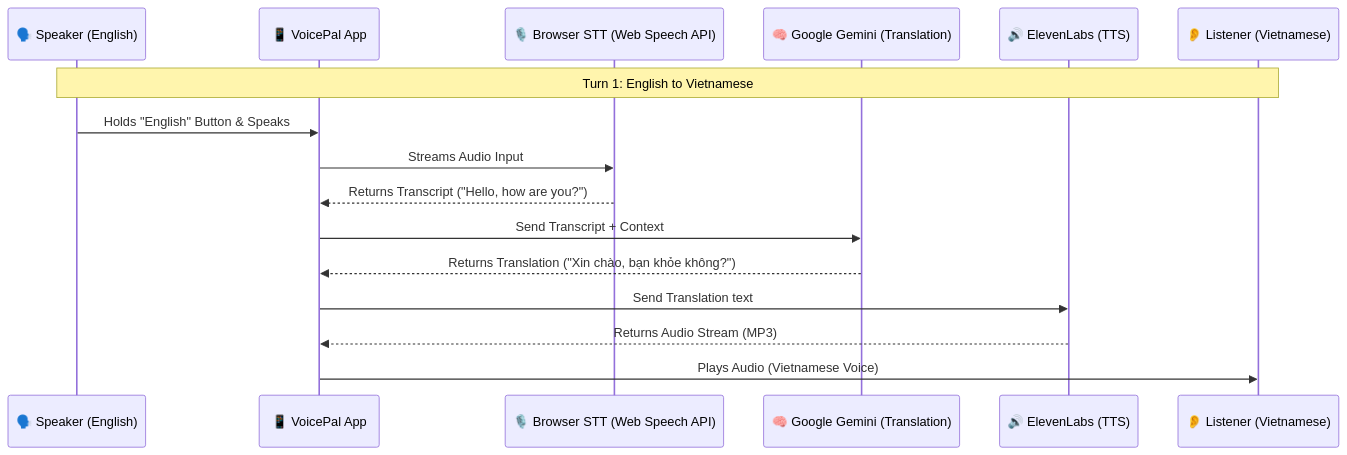
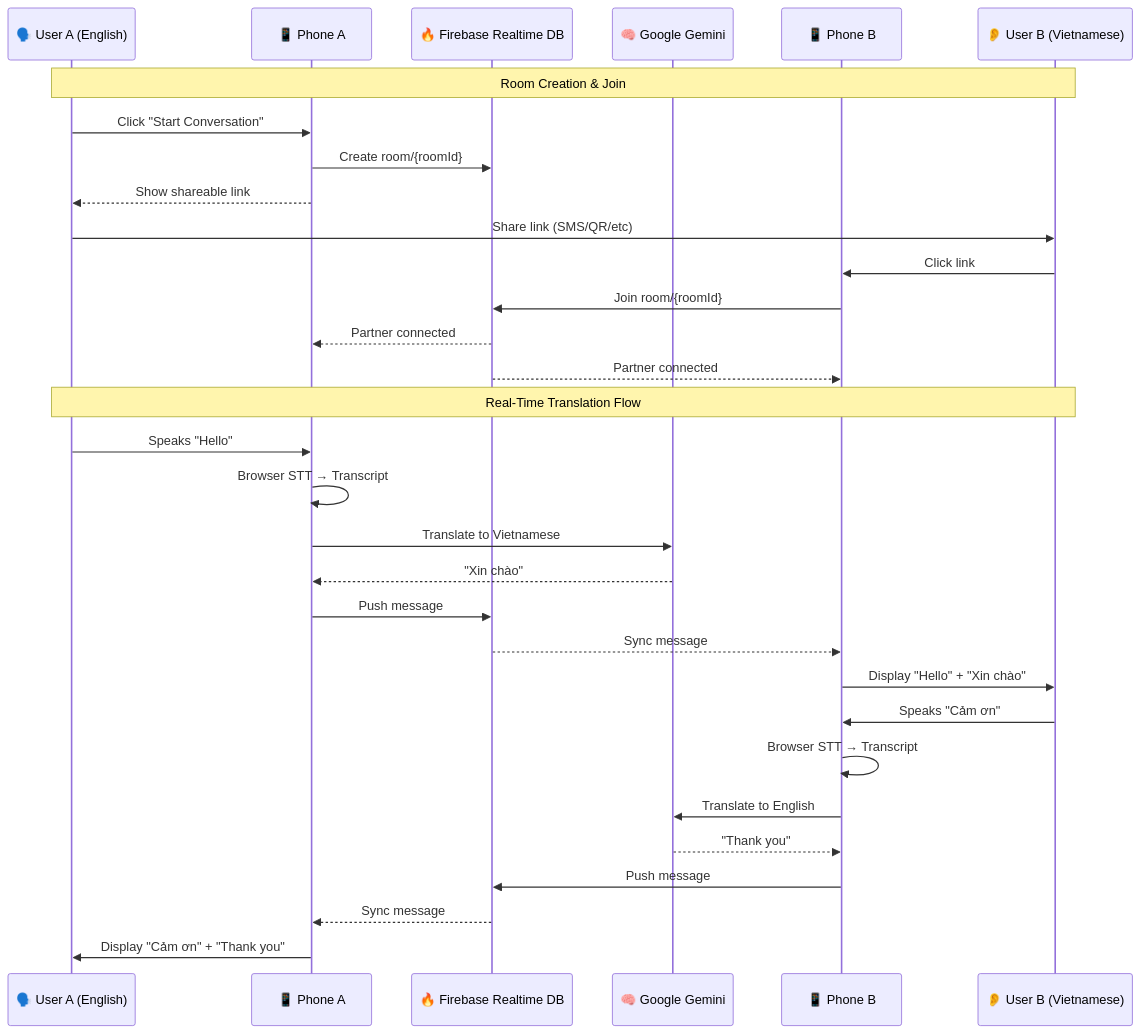
Before and after one commit to abhinav1singhal/voicepal: the diagram in architecture_README.md, drawn with Mermaid. The commit also changed other lines of this file and 1 other file, not shown here.

Commit message:
Docs: Update architecture for Firebase multi-user design

````diff
--- a/architecture_README.md
+++ b/architecture_README.md
@@ -9,23 +19,36 @@
 ```mermaid
 sequenceDiagram
-    participant User as 🗣️ Speaker (English)
-    participant App as 📱 VoicePal App
-    participant STT as 🎙️ Browser STT (Web Speech API)
-    participant Gemini as 🧠 Google Gemini (Translation)
-    participant Eleven as 🔊 ElevenLabs (TTS)
-    participant Partner as 👂 Listener (Vietnamese)
+    participant UserA as 🗣️ User A (English)
+    participant PhoneA as 📱 Phone A
+    participant Firebase as 🔥 Firebase Realtime DB
+    participant Gemini as 🧠 Google Gemini
+    participant PhoneB as 📱 Phone B
+    participant UserB as 👂 User B (Vietnamese)
 
-    Note over User, Partner: Turn 1: English to Vietnamese
+    Note over UserA, UserB: Room Creation & Join
+    UserA->>PhoneA: Click "Start Conversation"
+    PhoneA->>Firebase: Create room/{roomId}
+    PhoneA-->>UserA: Show shareable link
+    UserA->>UserB: Share link (SMS/QR/etc)
+    UserB->>PhoneB: Click link
+    PhoneB->>Firebase: Join room/{roomId}
+    Firebase-->>PhoneA: Partner connected
+    Firebase-->>PhoneB: Partner connected
 
-    User->>App: Holds "English" Button & Speaks
-    App->>STT: Streams Audio Input
-    STT-->>App: Returns Transcript ("Hello, how are you?")
-    
-    App->>Gemini: Send Transcript + Context
-    Gemini-->>App: Returns Translation ("Xin chào, bạn khỏe không?")
-    
-    App->>Eleven: Send Translation text
-    Eleven-->>App: Returns Audio Stream (MP3)
-    
-    App->>Partner: Plays Audio (Vietnamese Voice)
+    Note over UserA, UserB: Real-Time Translation Flow
+    UserA->>PhoneA: Speaks "Hello"
+    PhoneA->>PhoneA: Browser STT → Transcript
+    PhoneA->>Gemini: Translate to Vietnamese
+    Gemini-->>PhoneA: "Xin chào"
+    PhoneA->>Firebase: Push message
+    Firebase-->>PhoneB: Sync message
+    PhoneB->>UserB: Display "Hello" + "Xin chào"
+
+    UserB->>PhoneB: Speaks "Cảm ơn"
+    PhoneB->>PhoneB: Browser STT → Transcript
+    PhoneB->>Gemini: Translate to English
+    Gemini-->>PhoneB: "Thank you"
+    PhoneB->>Firebase: Push message
+    Firebase-->>PhoneA: Sync message
+    PhoneA->>UserA: Display "Cảm ơn" + "Thank you"
 ```
````
